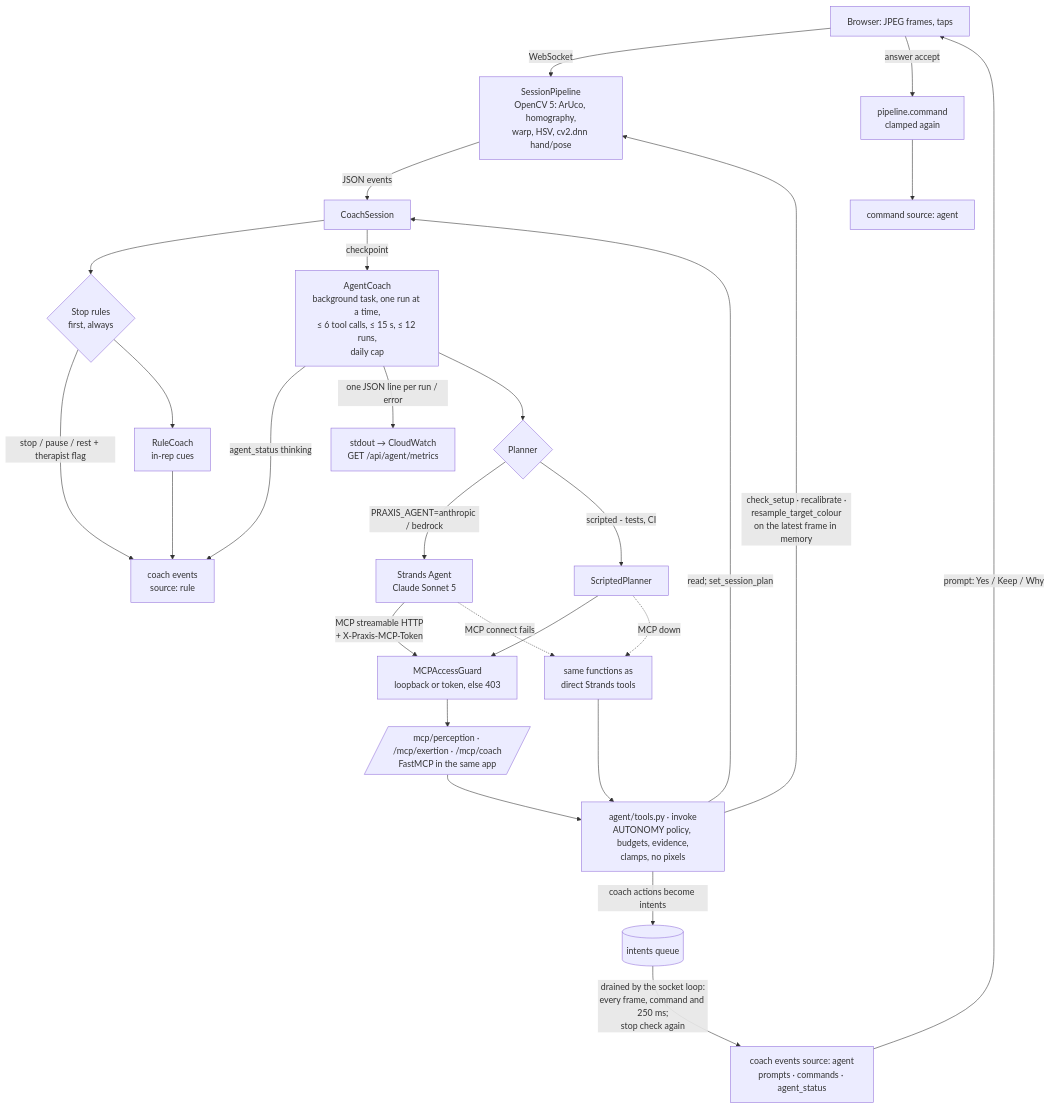
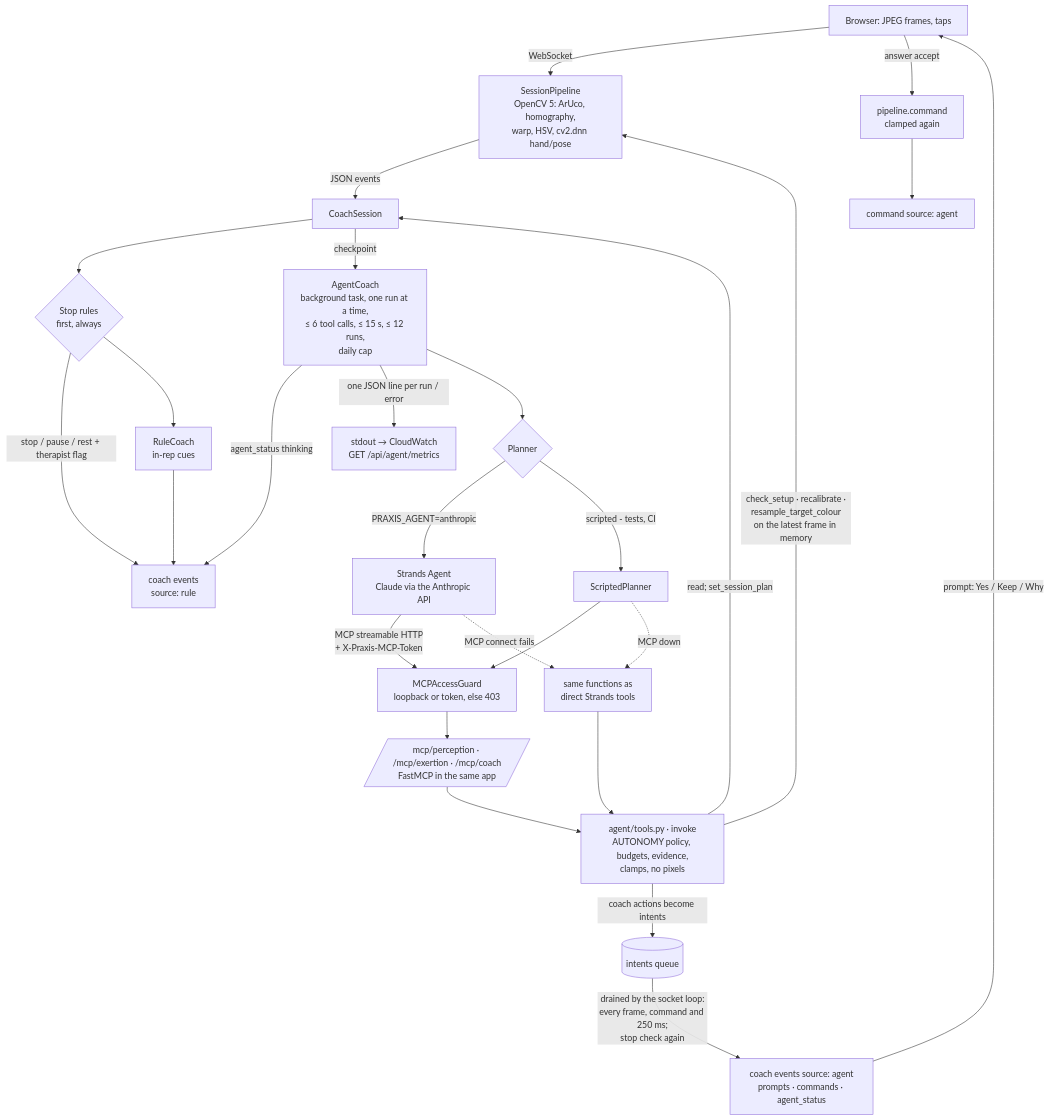
Before and after one commit to Sathvik609/Praxis: the diagram in docs/AGENT.md, drawn with Mermaid. The commit also changed other lines of this file and 4 other files, not shown here.

First line of the commit message:
docs: agent on real video, model choice and cost cap; Bedrock not used

````diff
--- a/docs/AGENT.md
+++ b/docs/AGENT.md
@@ -35,28 +39,28 @@
 ```mermaid
 flowchart TD
     B[Browser: JPEG frames, taps] -->|WebSocket| P[SessionPipeline<br/>OpenCV 5: ArUco, homography,<br/>warp, HSV, cv2.dnn hand/pose]
     P -->|JSON events| S[CoachSession]
     S --> SR{Stop rules<br/>first, always}
     SR -->|stop / pause / rest + therapist flag| OUT
     SR --> RC[RuleCoach<br/>in-rep cues]
     RC --> OUT[coach events<br/>source: rule]
     S -->|checkpoint| AC[AgentCoach<br/>background task, one run at a time,<br/>≤ 6 tool calls, ≤ 15 s, ≤ 12 runs,<br/>daily cap]
     AC -->|agent_status thinking| OUT
     AC -->|one JSON line per run / error| LOG[stdout → CloudWatch<br/>GET /api/agent/metrics]
     AC --> PL{Planner}
-    PL -->|PRAXIS_AGENT=anthropic / bedrock| ST[Strands Agent<br/>Claude Sonnet 5]
+    PL -->|PRAXIS_AGENT=anthropic| ST[Strands Agent<br/>Claude via the Anthropic API]
     PL -->|scripted - tests, CI| SC[ScriptedPlanner]
     ST -->|MCP streamable HTTP<br/>+ X-Praxis-MCP-Token| G[MCPAccessGuard<br/>loopback or token, else 403]
     SC --> G
     G --> MCP[/mcp/perception · /mcp/exertion · /mcp/coach<br/>FastMCP in the same app/]
     ST -. MCP connect fails .-> DIR[same functions as<br/>direct Strands tools]
     SC -. MCP down .-> DIR
     MCP --> T[agent/tools.py · invoke<br/>AUTONOMY policy, budgets, evidence,<br/>clamps, no pixels]
     DIR --> T
     T -->|check_setup · recalibrate ·<br/>resample_target_colour<br/>on the latest frame in memory| P
     T -->|read; set_session_plan| S
     T -->|coach actions become intents| Q[(intents queue)]
     Q -->|drained by the socket loop:<br/>every frame, command and 250 ms;<br/>stop check again| OUT2[coach events source: agent<br/>prompts · commands · agent_status]
     OUT2 -->|prompt: Yes / Keep / Why| B
     B -->|answer accept| APPLY[pipeline.command<br/>clamped again] --> OUT3[command source: agent]
 ```
````
